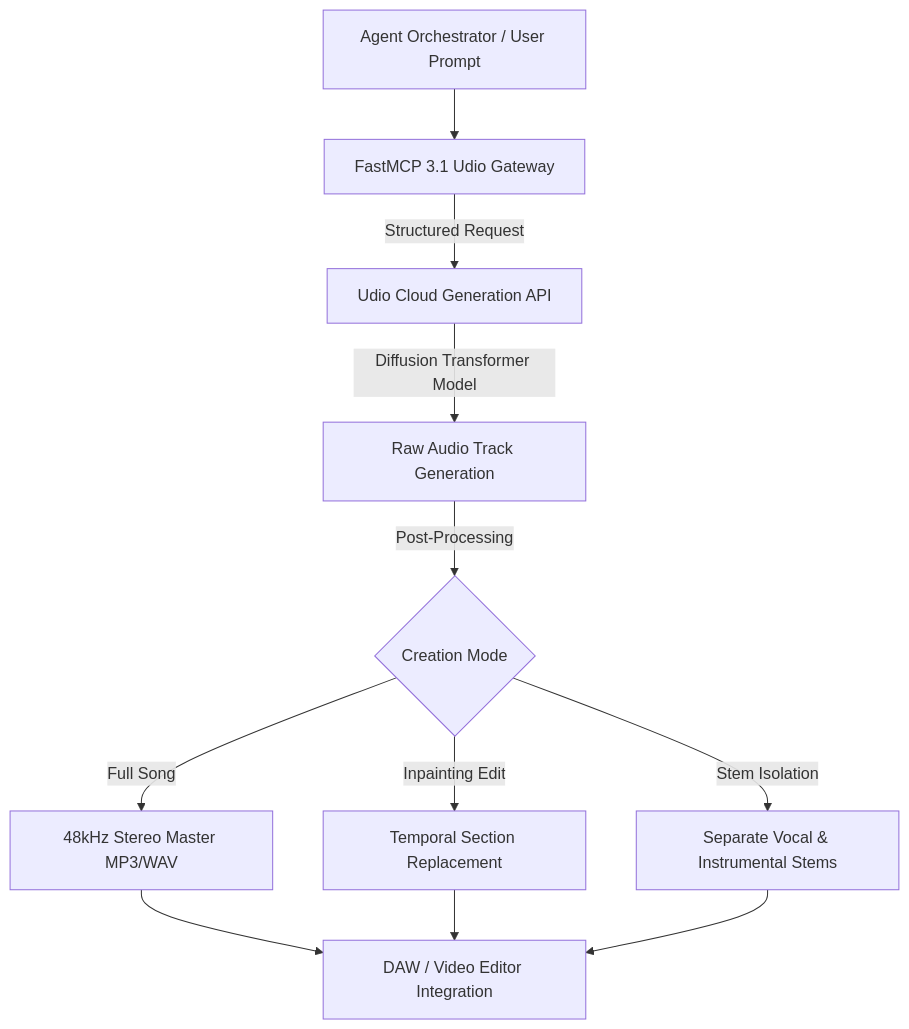
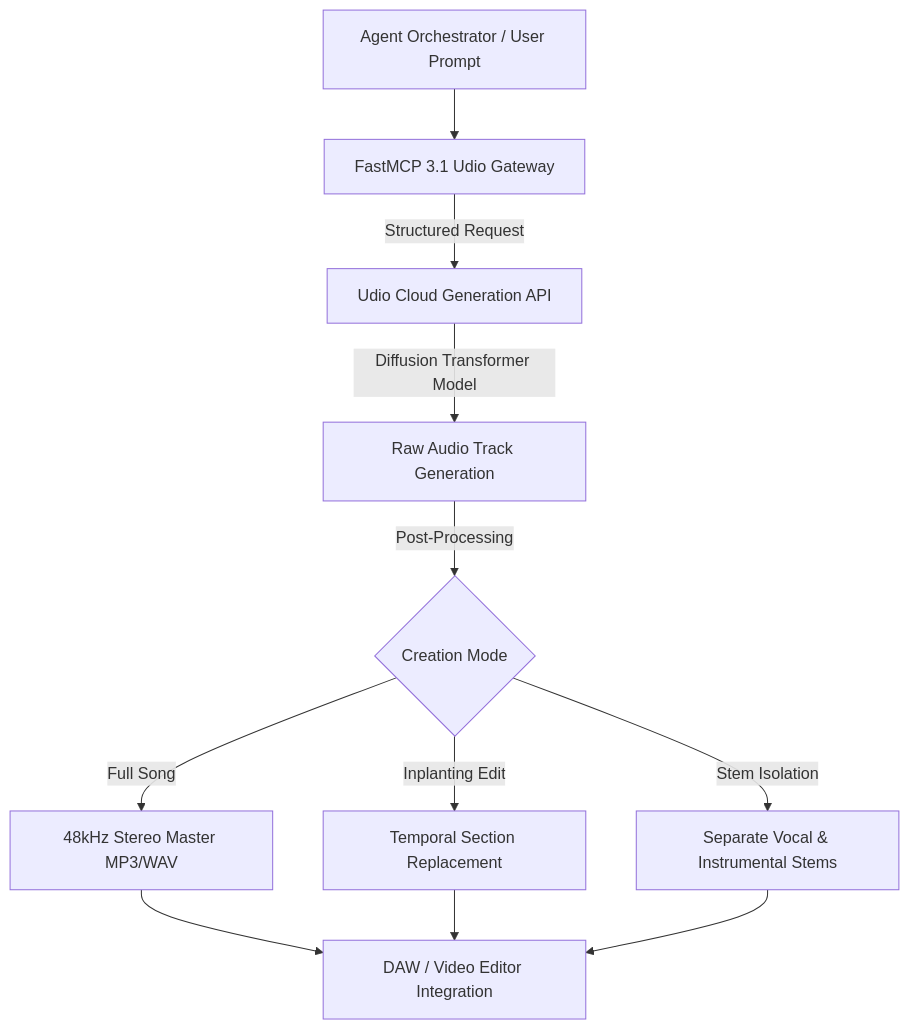
Before and after one commit to joanmarcriera/Home-office-automations: the diagram in docs/tools/ai_knowledge/udio.md, drawn with Mermaid. The commit also changed other lines of this file and 5 other files, not shown here.

````diff
--- a/docs/tools/ai_knowledge/udio.md
+++ b/docs/tools/ai_knowledge/udio.md
@@ -19,13 +19,13 @@
 ```mermaid
 flowchart TD
     A[Agent Orchestrator / User Prompt] --> B[FastMCP 3.1 Udio Gateway]
     B -->|Structured Request| C[Udio Cloud Generation API]
     C -->|Diffusion Transformer Model| D[Raw Audio Track Generation]
     D -->|Post-Processing| E{Creation Mode}
     E -->|Full Song| F[48kHz Stereo Master MP3/WAV]
-    E -->|Inpainting Edit| G[Temporal Section Replacement]
+    E -->|Inplanting Edit| G[Temporal Section Replacement]
     E -->|Stem Isolation| H[Separate Vocal & Instrumental Stems]
     F --> I[DAW / Video Editor Integration]
     G --> I
     H --> I
 ```
````
